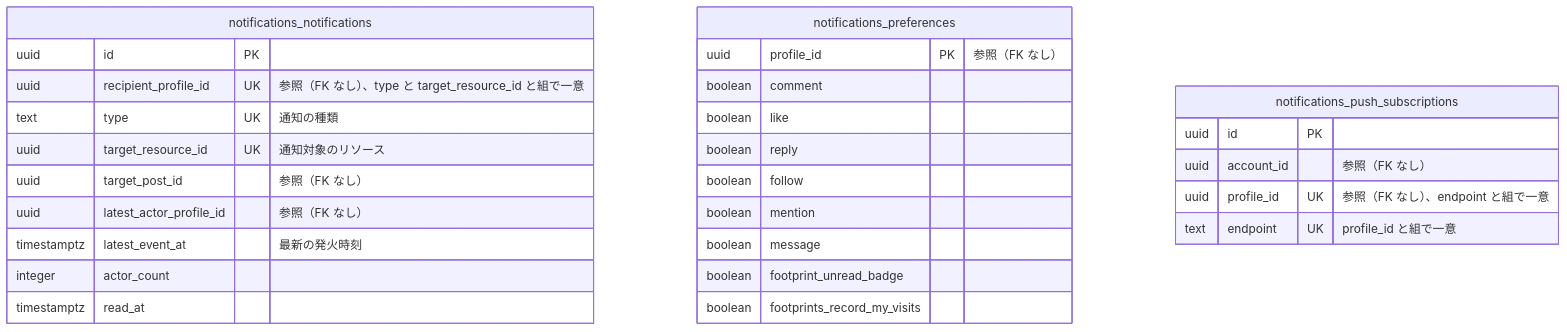
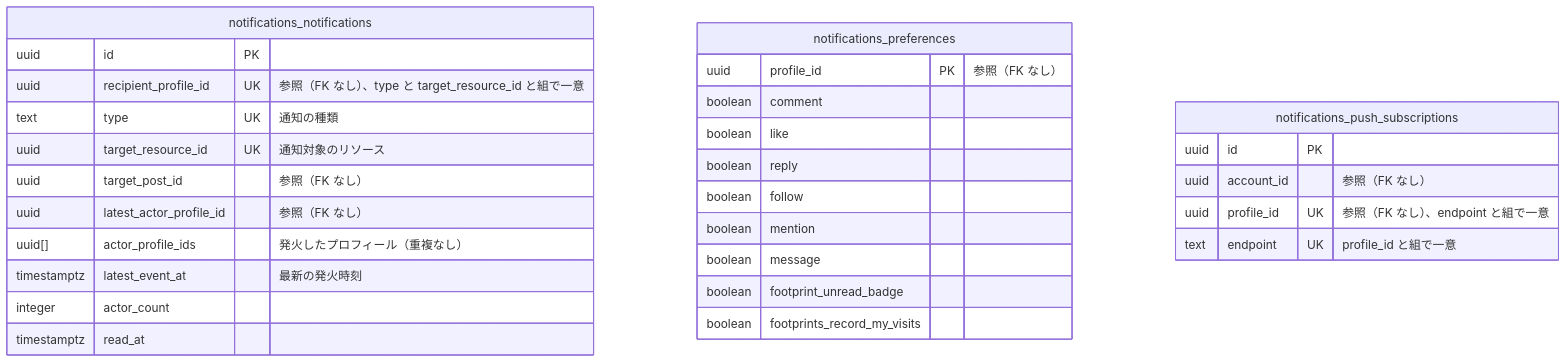
Before and after one commit to panicboat/monorepo: the tenth of 14 diagrams in dystopia/docs/data-model.md, drawn with Mermaid. The commit also changed other lines of this file and 6 other files, not shown here.

````diff
--- a/dystopia/docs/data-model.md
+++ b/dystopia/docs/data-model.md
@@ -306,31 +306,32 @@
 ```mermaid
 erDiagram
     notifications_notifications {
         uuid id PK
         uuid recipient_profile_id UK "参照（FK なし）、type と target_resource_id と組で一意"
         text type UK "通知の種類"
         uuid target_resource_id UK "通知対象のリソース"
         uuid target_post_id "参照（FK なし）"
         uuid latest_actor_profile_id "参照（FK なし）"
+        uuid[] actor_profile_ids "発火したプロフィール（重複なし）"
         timestamptz latest_event_at "最新の発火時刻"
         integer actor_count
         timestamptz read_at
     }
     notifications_preferences {
         uuid profile_id PK "参照（FK なし）"
         boolean comment
         boolean like
         boolean reply
         boolean follow
         boolean mention
         boolean message
         boolean footprint_unread_badge
         boolean footprints_record_my_visits
     }
     notifications_push_subscriptions {
         uuid id PK
         uuid account_id "参照（FK なし）"
         uuid profile_id UK "参照（FK なし）、endpoint と組で一意"
         text endpoint UK "profile_id と組で一意"
     }
 ```
````
